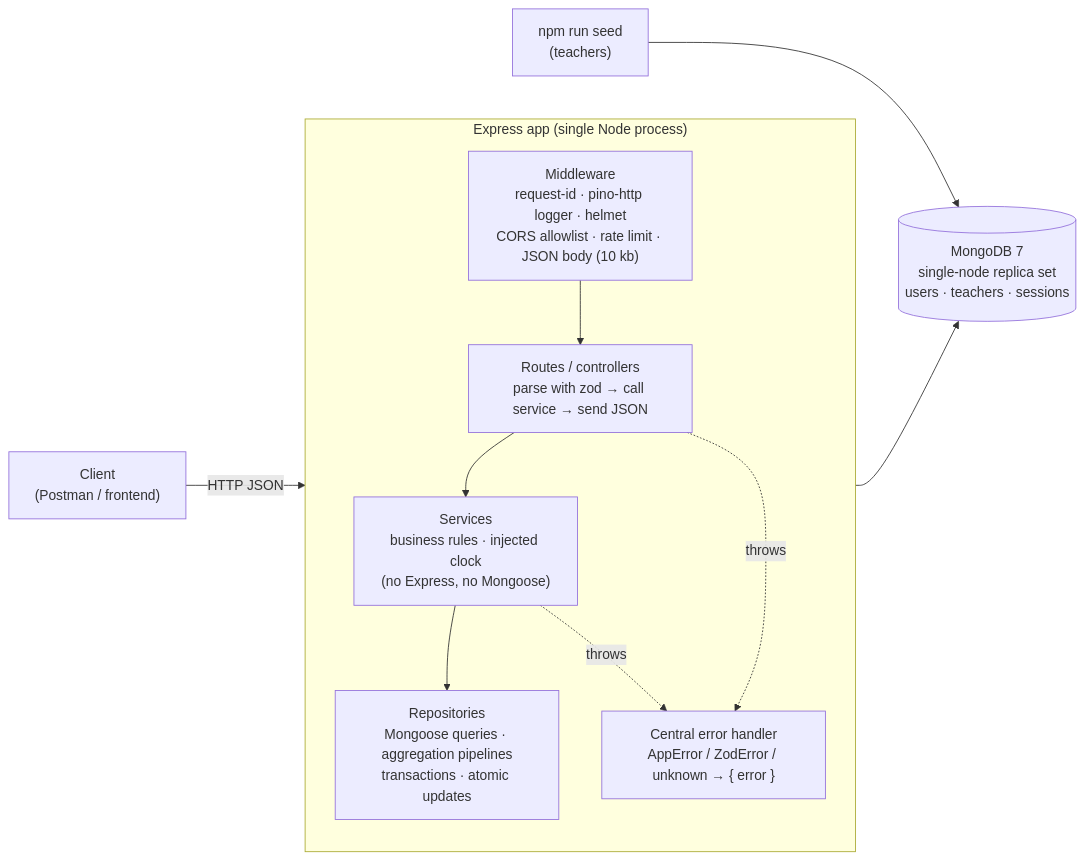
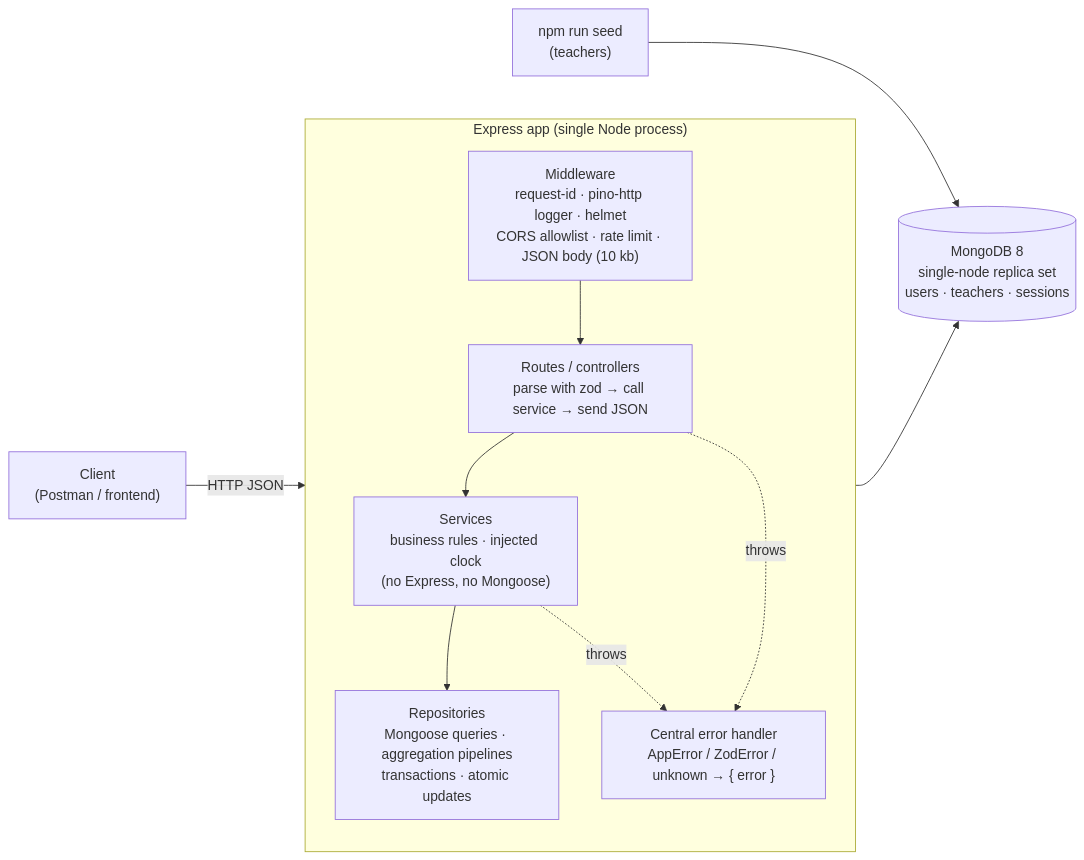
The first of 3 diagrams in docs/ARCHITECTURE.md (Shailesh-Kala/englishyaari-assessment), drawn with Mermaid before and after one commit. The commit also changed other lines of this file and 2 other files, not shown here.

Commit message:
docs: tick task 3, sync architecture with config and server layout

````diff
--- a/docs/ARCHITECTURE.md
+++ b/docs/ARCHITECTURE.md
@@ -7,23 +7,23 @@
 ```mermaid
 flowchart LR
     Client["Client<br/>(Postman / frontend)"]
 
     subgraph App["Express app (single Node process)"]
         direction TB
         MW["Middleware<br/>request-id · pino-http logger · helmet<br/>CORS allowlist · rate limit · JSON body (10 kb)"]
         R["Routes / controllers<br/>parse with zod → call service → send JSON"]
         S["Services<br/>business rules · injected clock<br/>(no Express, no Mongoose)"]
         Repo["Repositories<br/>Mongoose queries · aggregation pipelines<br/>transactions · atomic updates"]
         EH["Central error handler<br/>AppError / ZodError / unknown → { error }"]
         MW --> R --> S --> Repo
         R -. throws .-> EH
         S -. throws .-> EH
     end
 
-    DB[("MongoDB 7<br/>single-node replica set<br/>users · teachers · sessions")]
+    DB[("MongoDB 8<br/>single-node replica set<br/>users · teachers · sessions")]
     Seed["npm run seed<br/>(teachers)"]
 
     Client -->|HTTP JSON| MW
     Repo --> DB
     Seed --> DB
 ```
````
